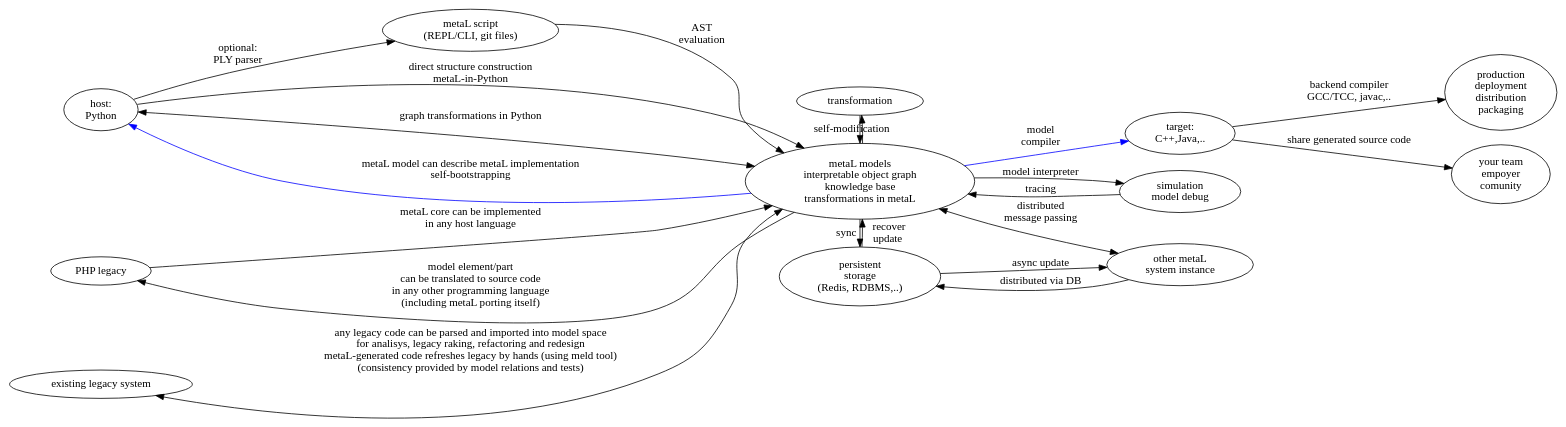
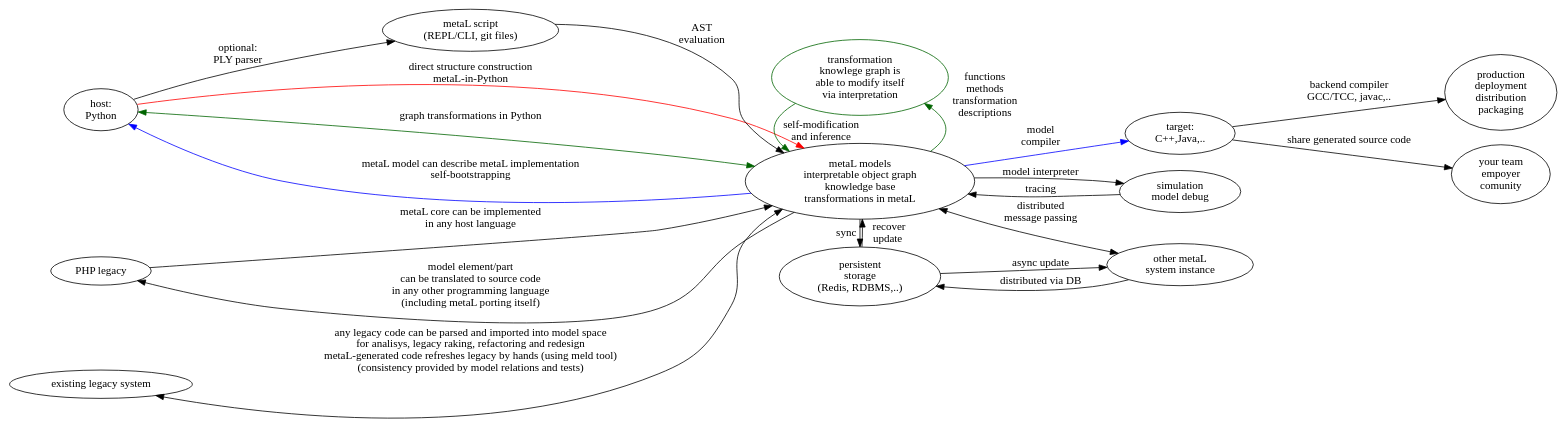
The diagram in doc/tutorial.dot (ponyatov/metaLv0), drawn with Graphviz before and after one commit. The commit also changed 4 other files, not shown here.

```diff
--- a/doc/tutorial.dot
+++ b/doc/tutorial.dot
@@ -1,51 +1,53 @@
 digraph {
     rankdir=LR;
     host -> script [label="optional:\nPLY parser"]
-    host -> metaL [label="direct structure construction\nmetaL-in-Python"];
+    host -> metaL [color=red,label="direct structure construction\nmetaL-in-Python"];
     script -> metaL [label="AST\nevaluation"];
     metaL -> target [color=blue,label="model\ncompiler"];
     target -> production [label="backend compiler\nGCC/TCC, javac,.."]
 
-    metaL -> transformation
-    transformation -> metaL [label="self-modification"];
+    metaL -> transformation [color=darkgreen,xlabel="functions\nmethods\ntransformation\ndescriptions"]
+    transformation -> metaL [color=darkgreen,xlabel="self-modification\nand inference"];
 
-    metaL -> host [dir=both,label="graph transformations in Python"];
+    transformation [color=darkgreen,label="transformation\nknowlege graph is\nable to modify itself\n via interpretation"]
+
+    metaL -> host [dir=both,color=darkgreen,label="graph transformations in Python"];
 
     host [label="host:\nPython"];
     script [label="metaL script\n(REPL/CLI, git files)"];
     metaL [label="metaL models\ninterpretable object graph\nknowledge base\ntransformations in metaL"];
     production [label="production\ndeployment\ndistribution\npackaging"]
 
     target [label="target:\nC++,Java,.."];
 
     php [label="PHP legacy"];
     php -> metaL [label="metaL core can be implemented\nin any host language"];
     legacy -> metaL [dir=both,label="any legacy code can be parsed and imported into model space\nfor analisys, legacy raking, refactoring and redesign\nmetaL-generated code refreshes legacy by hands (using meld tool)\n(consistency provided by model relations and tests)"]
     legacy [label="existing legacy system"]
 
     metaL -> php [label="model element/part\ncan be translated to source code\nin any other programming language\n(including metaL porting itself)"];
 
     { host; php; legacy; rank=same; }
 
     metaL -> host [color=blue,label="metaL model can describe metaL implementation\nself-bootstrapping"];
 
     metaL -> storage [label="sync    "]
     storage -> metaL [xlabel="  recover\nupdate"]
     storage [label="persistent\nstorage\n(Redis, RDBMS,..)"]
 
     metaL -> other [dir=both,label="distributed\nmessage passing"]
 
     { storage; metaL; transformation; rank=same; }
 
     other [label="other metaL\nsystem instance"]
     storage -> other [label="async update"]
     other -> storage [label="distributed via DB"]
     { target; other; sim; rank=same; }
 
     metaL -> sim [label="model interpreter"]
     sim [label="simulation\nmodel debug"]
     sim -> metaL [label="tracing"]
 
     team [label="your team\nempoyer\ncomunity"]
     target -> team [label="share generated source code"]
 }
```
